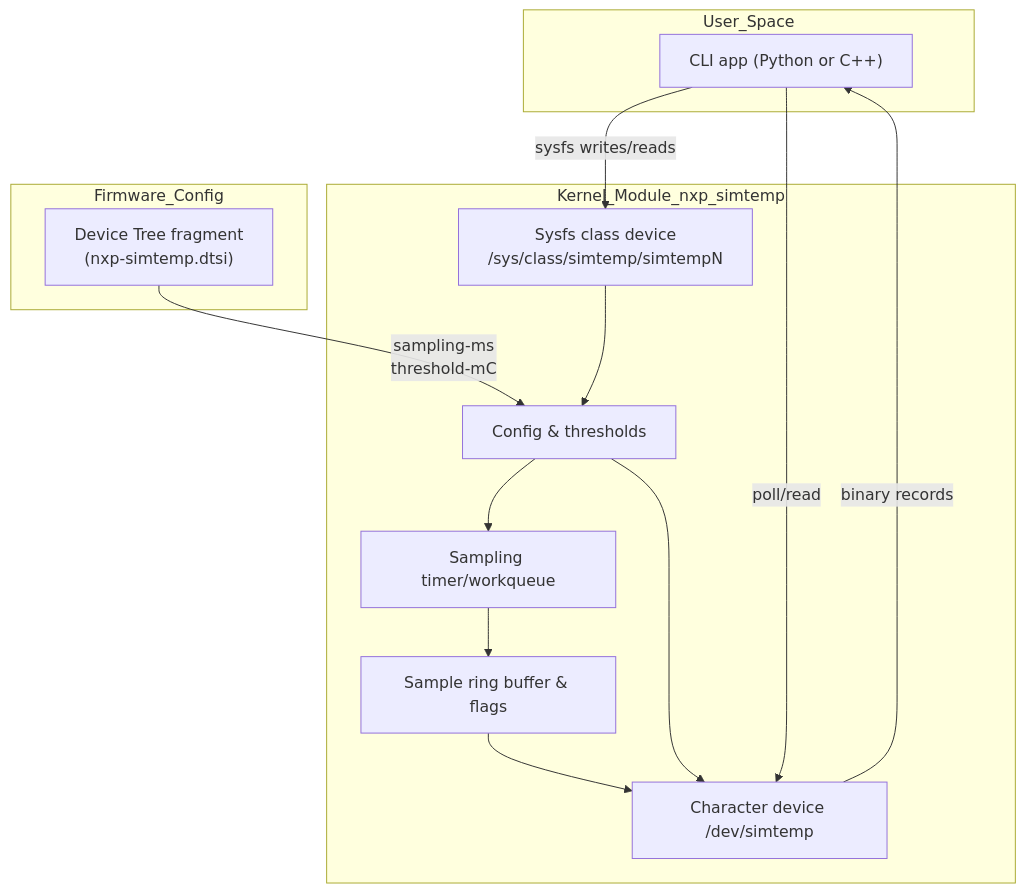
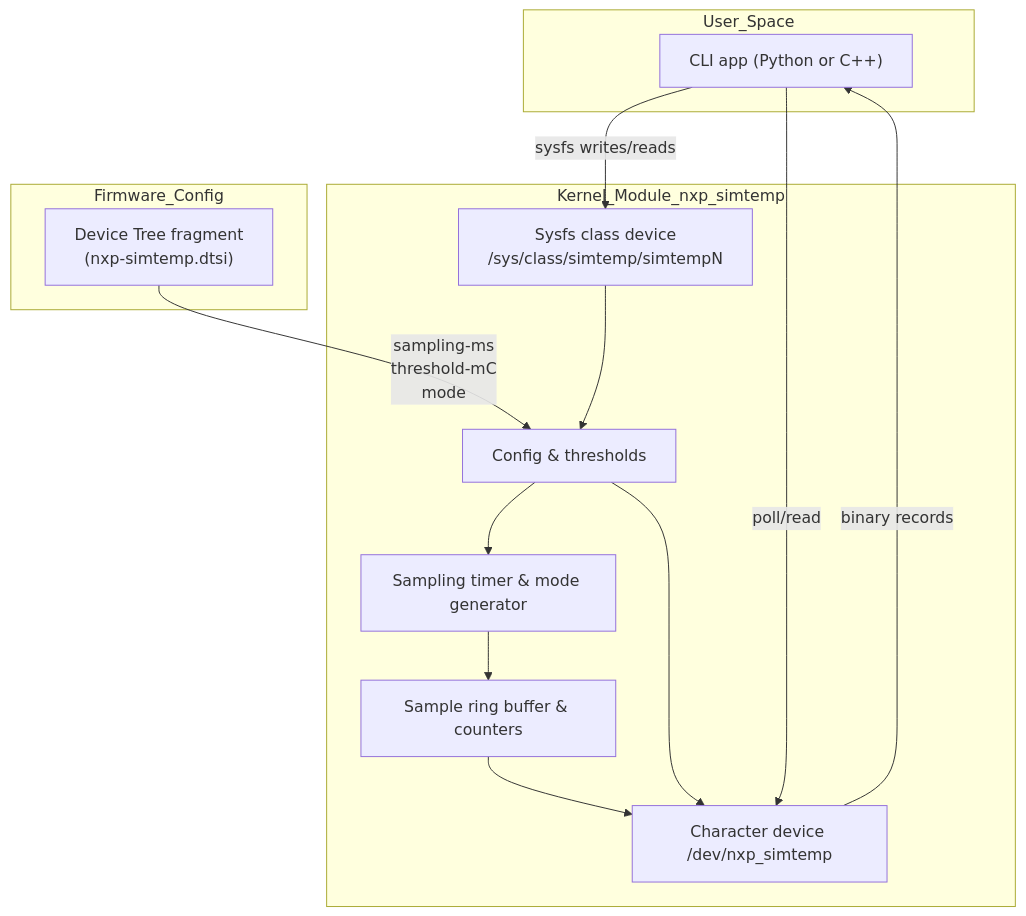
The diagram in docs/DESIGN.md (Syncdelic/nxp_simtemp), drawn with Mermaid before and after one commit. The commit also changed other lines of this file and 2 other files, not shown here.

Commit message:
docs: document char-device workflow and sysfs modes

````diff
--- a/docs/DESIGN.md
+++ b/docs/DESIGN.md
@@ -7,26 +7,26 @@
 ```mermaid
 graph TD
     subgraph User_Space
         CLI["CLI app (Python or C++)"]
     end
     subgraph Kernel_Module_nxp_simtemp
         Sysfs["Sysfs class device\n/sys/class/simtemp/simtempN"]
         Control["Config & thresholds"]
-        Timer["Sampling timer/workqueue"]
-        Buffer["Sample ring buffer & flags"]
-        CharDev["Character device /dev/simtemp"]
+        Timer["Sampling timer & mode generator"]
+        Buffer["Sample ring buffer & counters"]
+        CharDev["Character device /dev/nxp_simtemp"]
     end
     subgraph Firmware_Config
         DT["Device Tree fragment\n(nxp-simtemp.dtsi)"]
     end
 
-    DT -->|"sampling-ms<br/>threshold-mC"| Control
+    DT -->|"sampling-ms<br/>threshold-mC<br/>mode"| Control
     CLI -->|"sysfs writes/reads"| Sysfs
     CLI -->|"poll/read"| CharDev
     Sysfs --> Control
     Control --> Timer
     Timer --> Buffer
     Buffer --> CharDev
     Control --> CharDev
     CharDev -->|"binary records"| CLI
 ```
````
